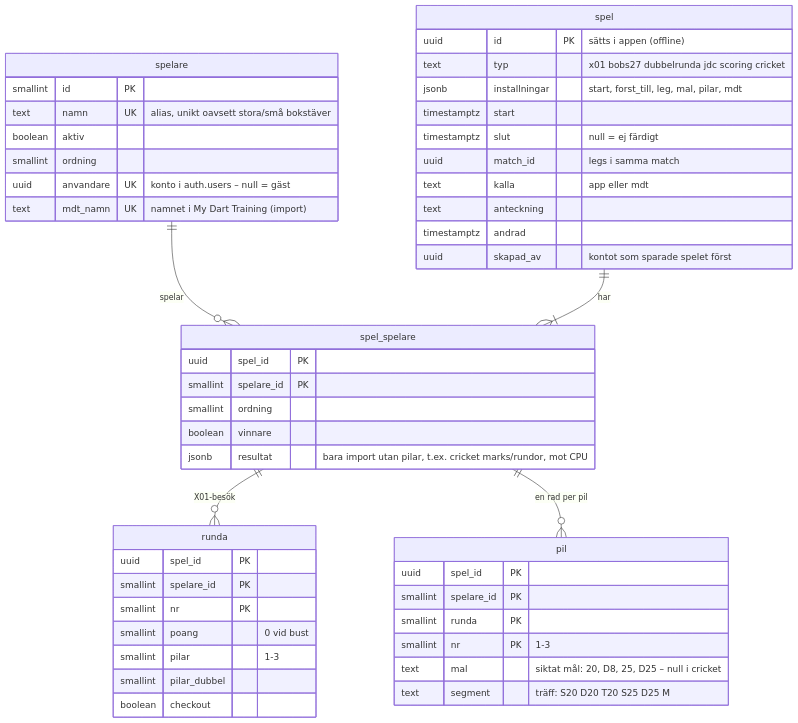
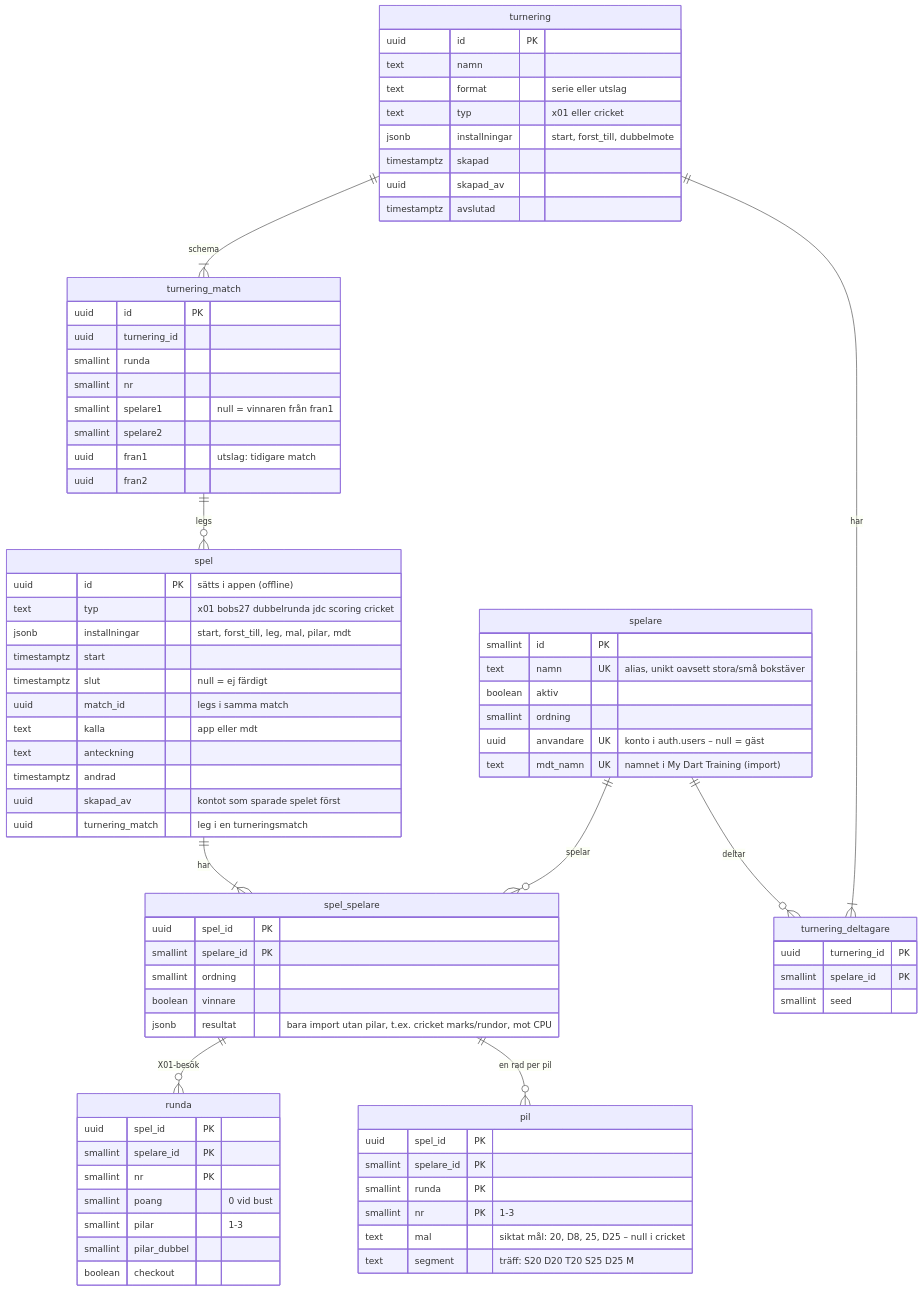
Before and after one commit to Lunkster/darttranare: the diagram in docs/datamodell.md, drawn with Mermaid. The commit also changed other lines of this file and 22 other files, not shown here.

Commit message:
v0.5.0: startsida och turneringar (serie/utslag, tabell, parallella matcher)

````diff
--- a/docs/datamodell.md
+++ b/docs/datamodell.md
@@ -5,41 +5,65 @@
 ```mermaid
 erDiagram
   spelare ||--o{ spel_spelare : spelar
   spel ||--|{ spel_spelare : har
   spel_spelare ||--o{ runda : "X01-besök"
   spel_spelare ||--o{ pil : "en rad per pil"
+  turnering ||--|{ turnering_deltagare : har
+  turnering ||--|{ turnering_match : schema
+  turnering_match ||--o{ spel : "legs"
+  spelare ||--o{ turnering_deltagare : deltar
   spelare { smallint id PK
     text namn UK "alias, unikt oavsett stora/små bokstäver"
     boolean aktiv
     smallint ordning
     uuid anvandare UK "konto i auth.users – null = gäst"
     text mdt_namn UK "namnet i My Dart Training (import)" }
   spel { uuid id PK "sätts i appen (offline)"
     text typ "x01 bobs27 dubbelrunda jdc scoring cricket"
     jsonb installningar "start, forst_till, leg, mal, pilar, mdt"
     timestamptz start
     timestamptz slut "null = ej färdigt"
     uuid match_id "legs i samma match"
     text kalla "app eller mdt"
     text anteckning
     timestamptz andrad
-    uuid skapad_av "kontot som sparade spelet först" }
+    uuid skapad_av "kontot som sparade spelet först"
+    uuid turnering_match "leg i en turneringsmatch" }
+  turnering { uuid id PK
+    text namn
+    text format "serie eller utslag"
+    text typ "x01 eller cricket"
+    jsonb installningar "start, forst_till, dubbelmote"
+    timestamptz skapad
+    uuid skapad_av
+    timestamptz avslutad }
+  turnering_deltagare { uuid turnering_id PK
+    smallint spelare_id PK
+    smallint seed }
+  turnering_match { uuid id PK
+    uuid turnering_id
+    smallint runda
+    smallint nr
+    smallint spelare1 "null = vinnaren från fran1"
+    smallint spelare2
+    uuid fran1 "utslag: tidigare match"
+    uuid fran2 }
   spel_spelare { uuid spel_id PK
     smallint spelare_id PK
     smallint ordning
     boolean vinnare
     jsonb resultat "bara import utan pilar, t.ex. cricket marks/rundor, mot CPU" }
   runda { uuid spel_id PK
     smallint spelare_id PK
     smallint nr PK
     smallint poang "0 vid bust"
     smallint pilar "1-3"
     smallint pilar_dubbel
     boolean checkout }
   pil { uuid spel_id PK
     smallint spelare_id PK
     smallint runda PK
     smallint nr PK "1-3"
     text mal "siktat mål: 20, D8, 25, D25 – null i cricket"
     text segment "träff: S20 D20 T20 S25 D25 M" }
 ```
````
